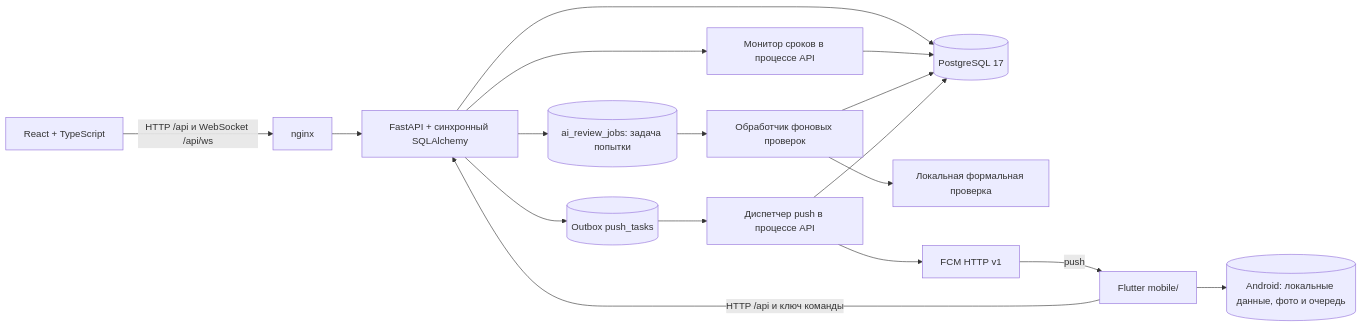
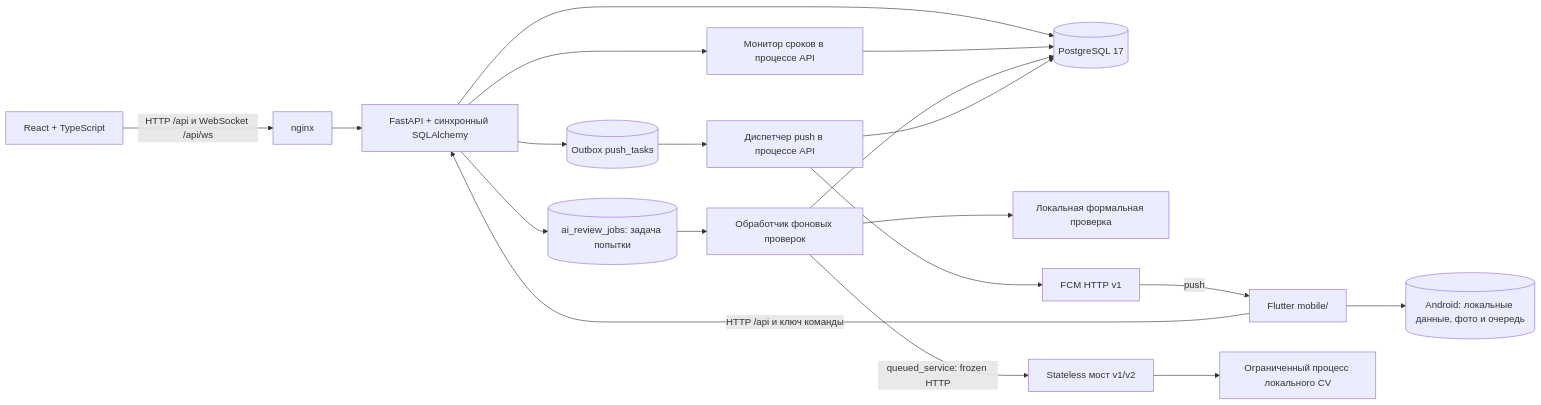
The first of 2 diagrams in docs/architecture.md (bshakaryan/km_case_hack), drawn with Mermaid before and after one commit. The commit also changed other lines of this file and 28 other files, not shown here.

````diff
--- a/docs/architecture.md
+++ b/docs/architecture.md
@@ -11,19 +13,21 @@
 ```mermaid
 flowchart LR
   B[React + TypeScript] -->|HTTP /api и WebSocket /api/ws| N[nginx]
   N --> A[FastAPI + синхронный SQLAlchemy]
   F[Flutter mobile/] -->|HTTP /api и ключ команды| A
   F --> L[(Android: локальные данные, фото и очередь)]
   A --> D[(PostgreSQL 17)]
   A --> M[Монитор сроков в процессе API]
   M --> D
   A --> J[(ai_review_jobs: задача попытки)]
   J --> W[Обработчик фоновых проверок]
   W --> S[Локальная формальная проверка]
+  W -->|queued_service: frozen HTTP| AI[Stateless мост v1/v2]
+  AI --> CV[Ограниченный процесс локального CV]
   W --> D
   A --> O[(Outbox push_tasks)]
   O --> DISP[Диспетчер push в процессе API]
   DISP --> D
   DISP --> FCM[FCM HTTP v1]
   FCM -->|push| F
 ```
````
